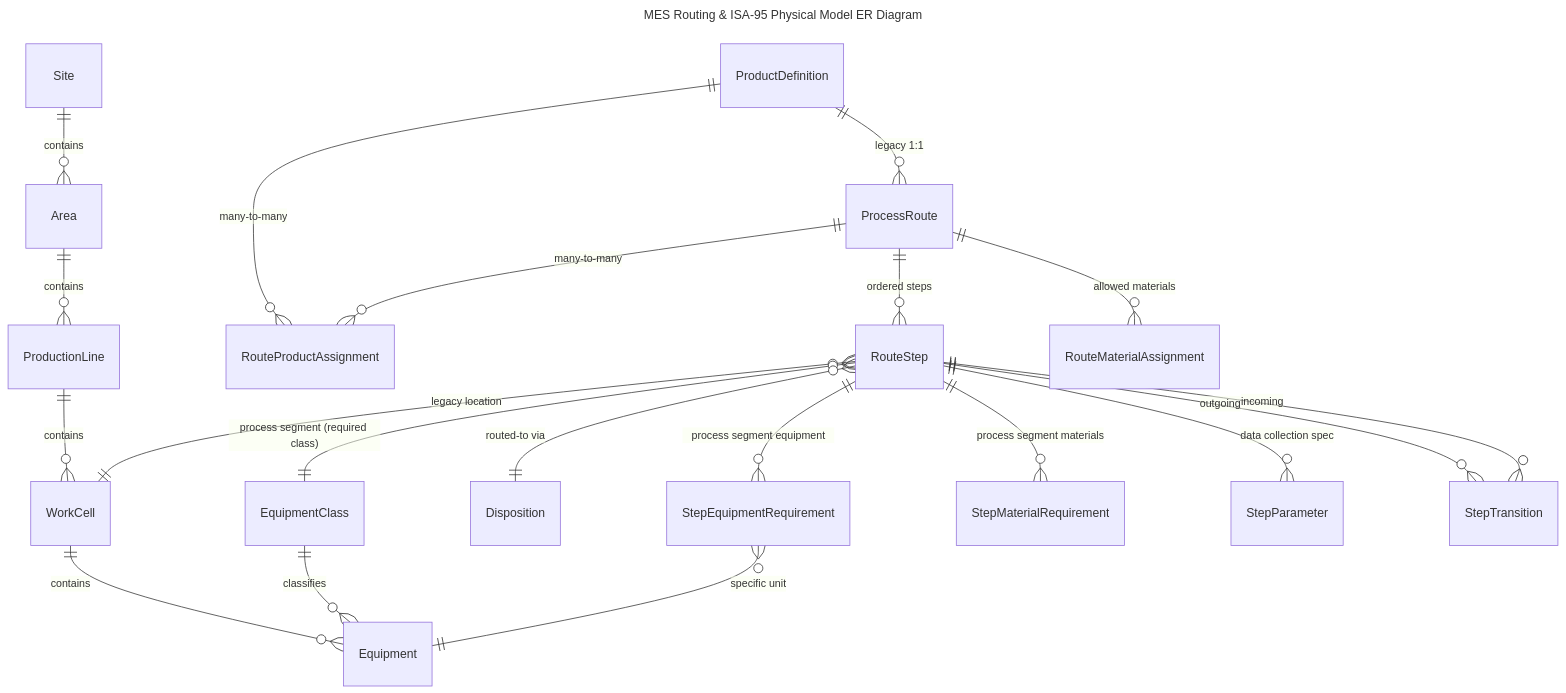
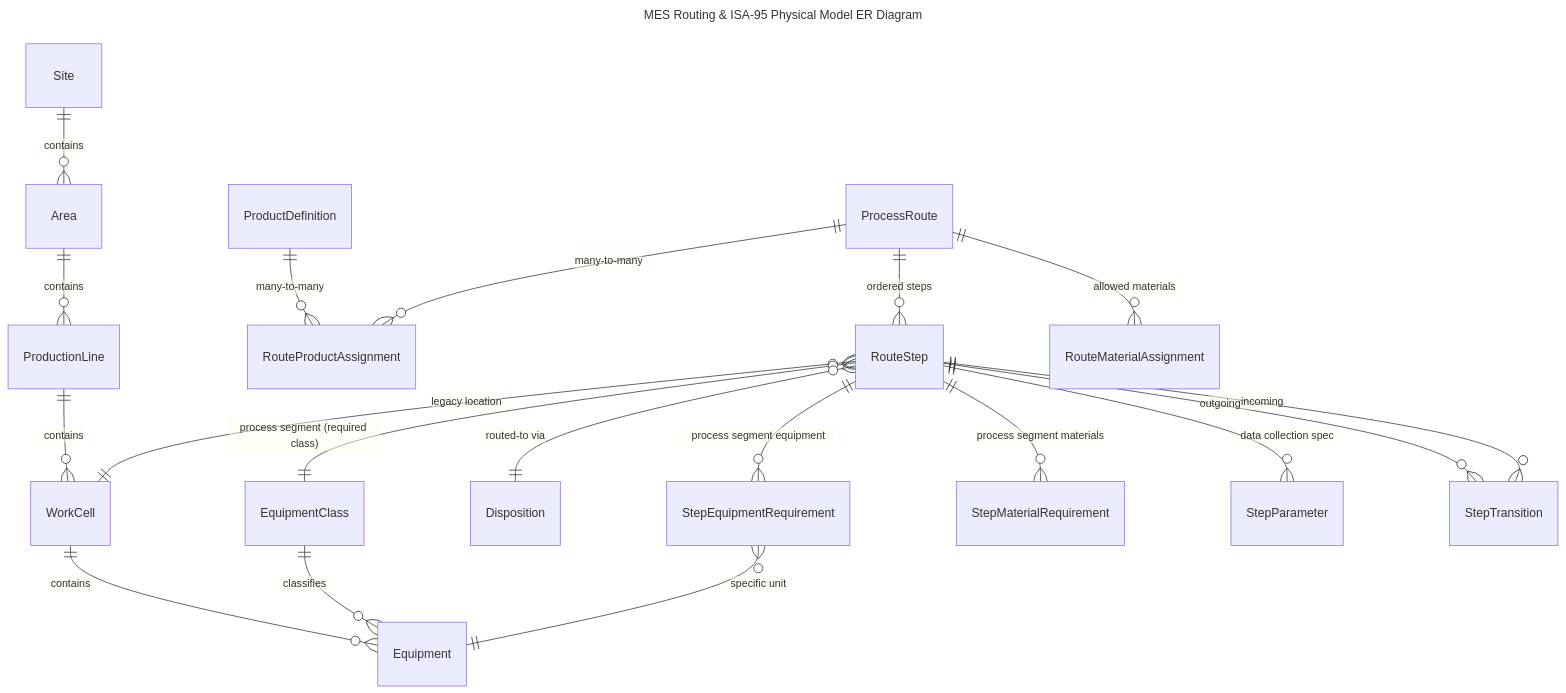
The diagram in docs/diagrams/routing_physical_er.mmd (point85/mes-ai), drawn with Mermaid before and after one commit. The commit also changed 1 other file, not shown here.

```diff
--- a/docs/diagrams/routing_physical_er.mmd
+++ b/docs/diagrams/routing_physical_er.mmd
@@ -1,30 +1,29 @@
 ---
 title: MES Routing & ISA-95 Physical Model ER Diagram
 ---
 erDiagram
     Site ||--o{ Area : "contains"
     Area ||--o{ ProductionLine : "contains"
     ProductionLine ||--o{ WorkCell : "contains"
     WorkCell ||--o{ Equipment : "contains"
 
     EquipmentClass ||--o{ Equipment : "classifies"
 
-    ProductDefinition ||--o{ ProcessRoute : "legacy 1:1"
     ProductDefinition ||--o{ RouteProductAssignment : "many-to-many"
     ProcessRoute      ||--o{ RouteProductAssignment : "many-to-many"
 
     ProcessRoute ||--o{ RouteStep : "ordered steps"
     ProcessRoute ||--o{ RouteMaterialAssignment : "allowed materials"
 
     RouteStep }o--|| WorkCell       : "legacy location"
     RouteStep }o--|| EquipmentClass : "process segment (required class)"
     RouteStep }o--|| Disposition    : "routed-to via"
 
     RouteStep ||--o{ StepEquipmentRequirement : "process segment equipment"
     StepEquipmentRequirement }o--|| Equipment : "specific unit"
 
     RouteStep ||--o{ StepMaterialRequirement : "process segment materials"
     RouteStep ||--o{ StepParameter           : "data collection spec"
 
     RouteStep ||--o{ StepTransition : "outgoing"
     RouteStep ||--o{ StepTransition : "incoming"
```
